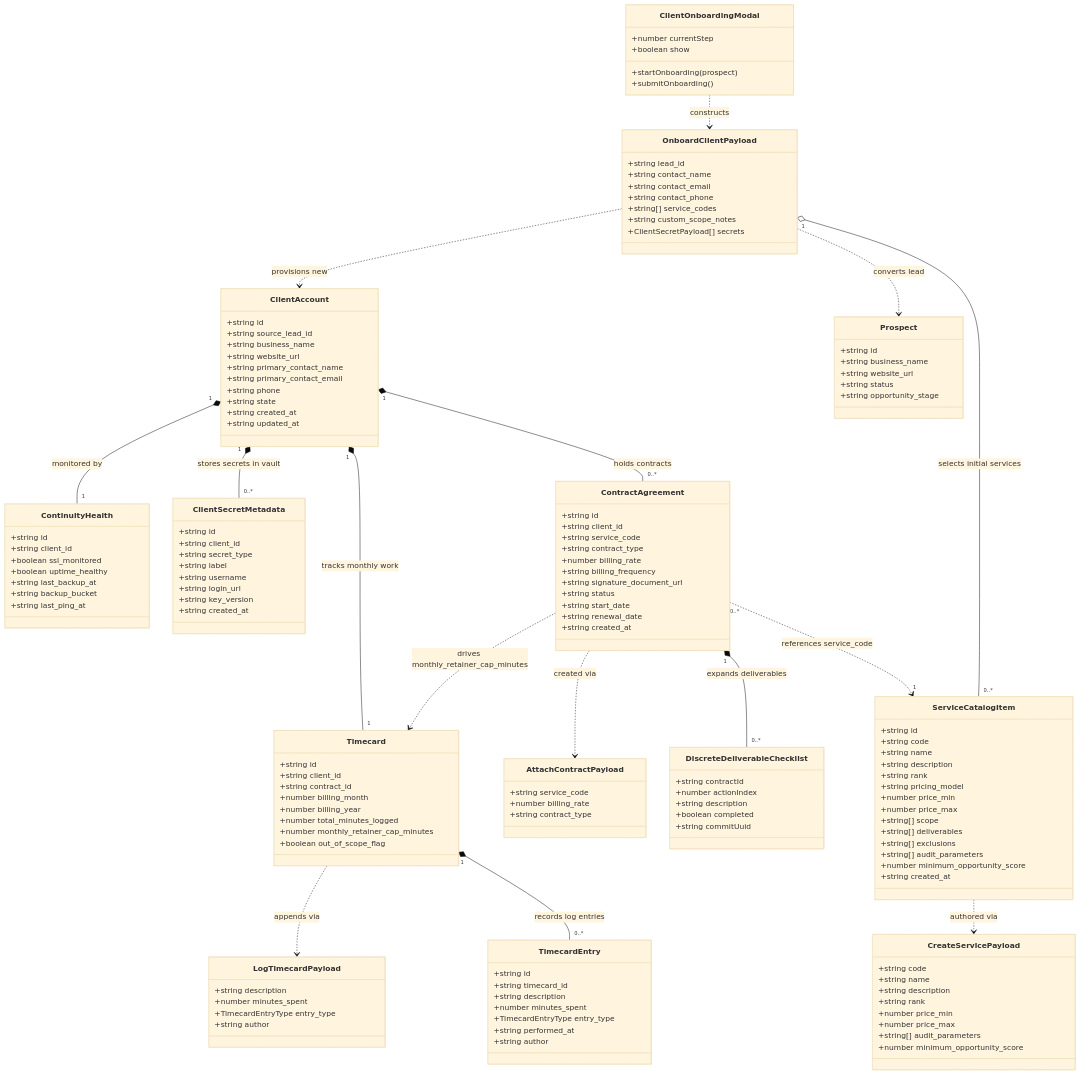
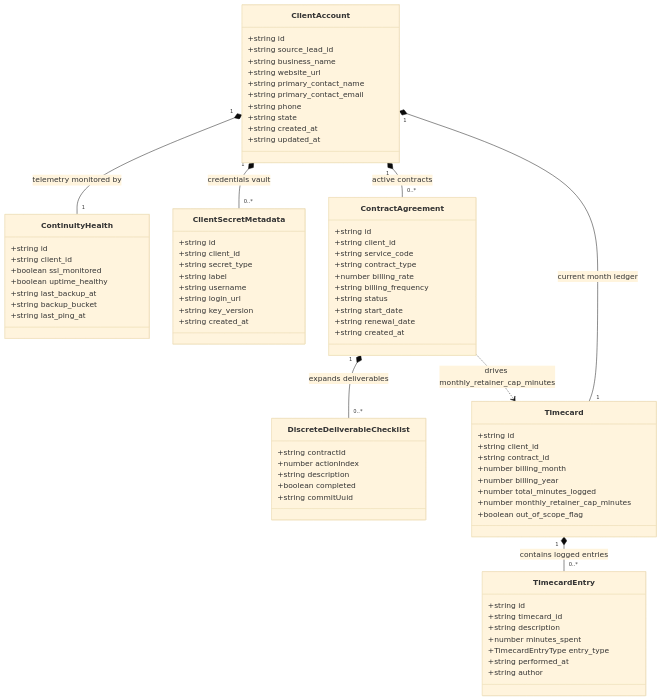
Before and after one commit to mnaatjes/smb-ops-frontend: the fourth of 4 diagrams in architecture/notes/as_built_system_class_diagrams.md, drawn with Mermaid (base theme). The commit also changed other lines of this file, not shown here.

Commit message:
docs(architecture): decouple as-built class diagrams into 3 modular bounded contexts

````diff
--- a/architecture/notes/as_built_system_class_diagrams.md
+++ b/architecture/notes/as_built_system_class_diagrams.md
@@ -22,7 +130,6 @@
 classDiagram
     direction TB
 
-    %% 1. CLIENT ACCOUNT SYSTEM
     class ClientAccount {
         +string id
         +string source_lead_id
@@ -57,62 +164,6 @@
         +string created_at
     }
 
-    %% 2. ONBOARDING SYSTEM
-    class ClientOnboardingModal {
-        +number currentStep
-        +boolean show
-        +startOnboarding(prospect)
-        +submitOnboarding()
-    }
-
-    class OnboardClientPayload {
-        +string lead_id
-        +string contact_name
-        +string contact_email
-        +string contact_phone
-        +string[] service_codes
-        +string custom_scope_notes
-        +ClientSecretPayload[] secrets
-    }
-
-    class Prospect {
-        +string id
-        +string business_name
-        +string website_url
-        +string status
-        +string opportunity_stage
-    }
-
-    %% 3. SERVICE CATALOG SYSTEM
-    class ServiceCatalogItem {
-        +string id
-        +string code
-        +string name
-        +string description
-        +string rank
-        +string pricing_model
-        +number price_min
-        +number price_max
-        +string[] scope
-        +string[] deliverables
-        +string[] exclusions
-        +string[] audit_parameters
-        +number minimum_opportunity_score
-        +string created_at
-    }
-
-    class CreateServicePayload {
-        +string code
-        +string name
-        +string description
-        +string rank
-        +number price_min
-        +number price_max
-        +string[] audit_parameters
-        +number minimum_opportunity_score
-    }
-
-    %% 4. ADD-ONS & RECURRING CONTRACTS
     class ContractAgreement {
         +string id
         +string client_id
@@ -120,17 +171,10 @@
         +string contract_type
         +number billing_rate
         +string billing_frequency
-        +string signature_document_url
         +string status
         +string start_date
         +string renewal_date
         +string created_at
-    }
-
-    class AttachContractPayload {
-        +string service_code
-        +number billing_rate
-        +string contract_type
     }
 
     class DiscreteDeliverableChecklist {
@@ -141,7 +185,6 @@
         +string commitUuid
     }
 
-    %% 5. TIMECARDS & RETAINER SYSTEM
     class Timecard {
         +string id
         +string client_id
@@ -163,30 +206,14 @@
         +string author
     }
 
-    class LogTimecardPayload {
-        +string description
-        +number minutes_spent
-        +TimecardEntryType entry_type
-        +string author
-    }
+    %% COMPOSITION & LIFECYCLE
+    ClientAccount "1" *-- "1" ContinuityHealth : telemetry monitored by
+    ClientAccount "1" *-- "0..*" ClientSecretMetadata : credentials vault
+    ClientAccount "1" *-- "0..*" ContractAgreement : active contracts
+    ClientAccount "1" *-- "1" Timecard : current month ledger
 
-    %% RELATIONSHIPS & COMPOSITION
-    ClientAccount "1" *-- "0..*" ContractAgreement : holds contracts
-    ClientAccount "1" *-- "1" ContinuityHealth : monitored by
-    ClientAccount "1" *-- "0..*" ClientSecretMetadata : stores secrets in vault
-    ClientAccount "1" *-- "1" Timecard : tracks monthly work
-
-    Timecard "1" *-- "0..*" TimecardEntry : records log entries
-    Timecard ..> LogTimecardPayload : appends via
-
-    ContractAgreement "0..*" ..> "1" ServiceCatalogItem : references service_code
     ContractAgreement "1" *-- "0..*" DiscreteDeliverableChecklist : expands deliverables
-    ContractAgreement ..> AttachContractPayload : created via
     ContractAgreement ..> Timecard : drives monthly_retainer_cap_minutes
 
-    ClientOnboardingModal ..> OnboardClientPayload : constructs
-    OnboardClientPayload ..> Prospect : converts lead
-    OnboardClientPayload ..> ClientAccount : provisions new
-    OnboardClientPayload "1" o-- "0..*" ServiceCatalogItem : selects initial services
-    ServiceCatalogItem ..> CreateServicePayload : authored via
+    Timecard "1" *-- "0..*" TimecardEntry : contains logged entries
 ```
````
